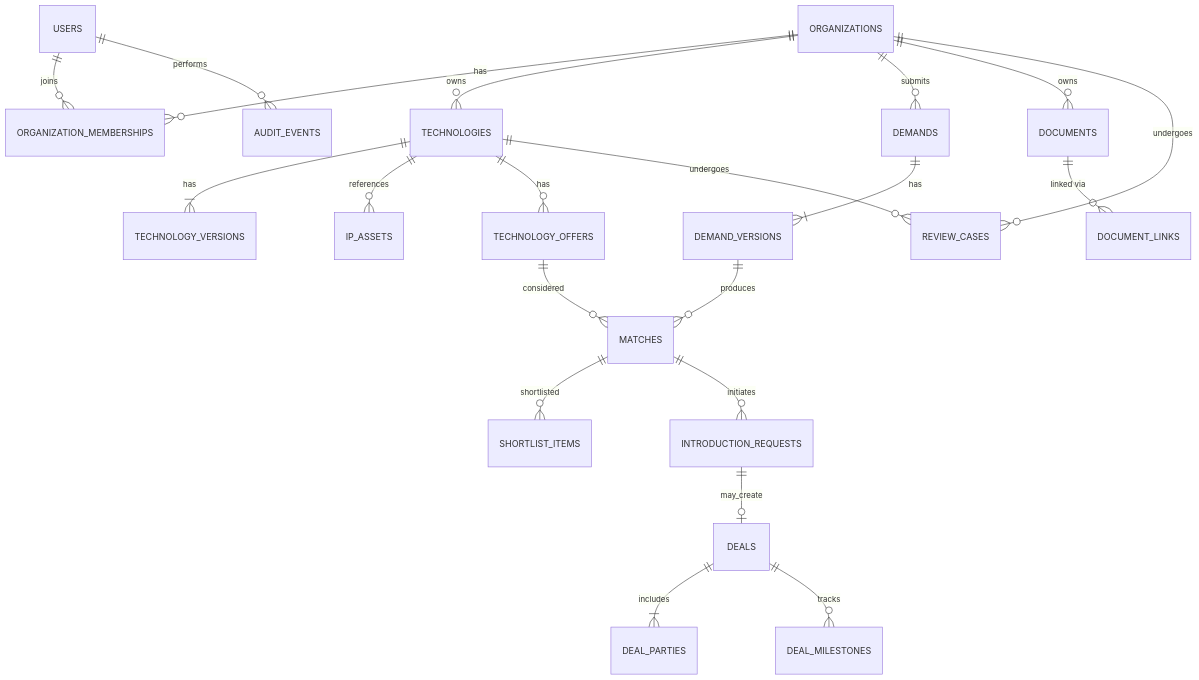
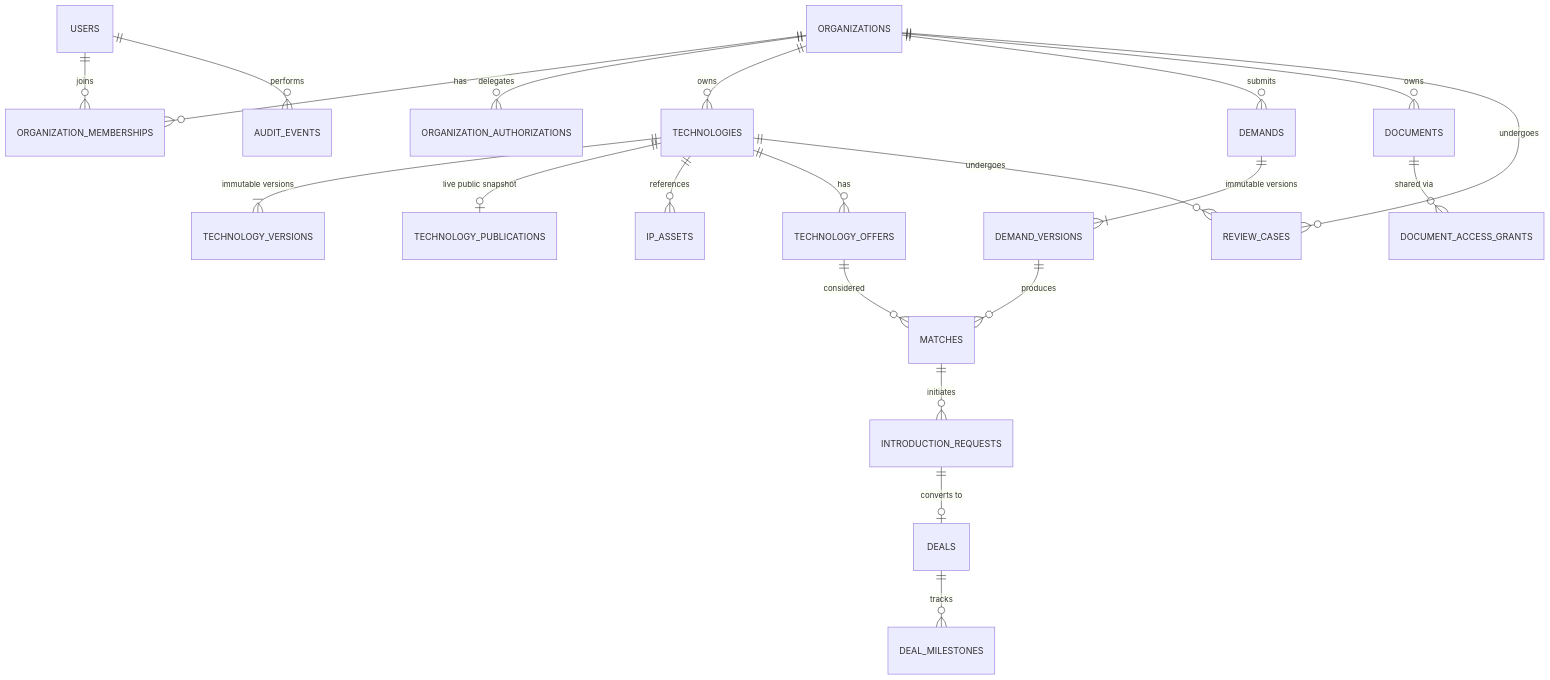
The third of 13 diagrams in 06-implementation-design-v1.md (greensoft-atom/tex-platform), drawn with Mermaid before and after one commit. The commit also changed other lines of this file and 25 other files, not shown here.

````diff
--- a/06-implementation-design-v1.md
+++ b/06-implementation-design-v1.md
@@ -226,23 +232,23 @@
 ```mermaid
 erDiagram
     USERS ||--o{ ORGANIZATION_MEMBERSHIPS : joins
     ORGANIZATIONS ||--o{ ORGANIZATION_MEMBERSHIPS : has
+    ORGANIZATIONS ||--o{ ORGANIZATION_AUTHORIZATIONS : delegates
     ORGANIZATIONS ||--o{ TECHNOLOGIES : owns
-    TECHNOLOGIES ||--|{ TECHNOLOGY_VERSIONS : has
+    TECHNOLOGIES ||--|{ TECHNOLOGY_VERSIONS : "immutable versions"
+    TECHNOLOGIES ||--o| TECHNOLOGY_PUBLICATIONS : "live public snapshot"
     TECHNOLOGIES ||--o{ IP_ASSETS : references
     TECHNOLOGIES ||--o{ TECHNOLOGY_OFFERS : has
     ORGANIZATIONS ||--o{ DEMANDS : submits
-    DEMANDS ||--|{ DEMAND_VERSIONS : has
+    DEMANDS ||--|{ DEMAND_VERSIONS : "immutable versions"
     DEMAND_VERSIONS ||--o{ MATCHES : produces
     TECHNOLOGY_OFFERS ||--o{ MATCHES : considered
-    MATCHES ||--o{ SHORTLIST_ITEMS : shortlisted
     MATCHES ||--o{ INTRODUCTION_REQUESTS : initiates
-    INTRODUCTION_REQUESTS ||--o| DEALS : may_create
-    DEALS ||--|{ DEAL_PARTIES : includes
+    INTRODUCTION_REQUESTS ||--o| DEALS : "converts to"
     DEALS ||--o{ DEAL_MILESTONES : tracks
     ORGANIZATIONS ||--o{ DOCUMENTS : owns
-    DOCUMENTS ||--o{ DOCUMENT_LINKS : "linked via"
+    DOCUMENTS ||--o{ DOCUMENT_ACCESS_GRANTS : "shared via"
     ORGANIZATIONS ||--o{ REVIEW_CASES : undergoes
     TECHNOLOGIES ||--o{ REVIEW_CASES : undergoes
     USERS ||--o{ AUDIT_EVENTS : performs
 ```
````
